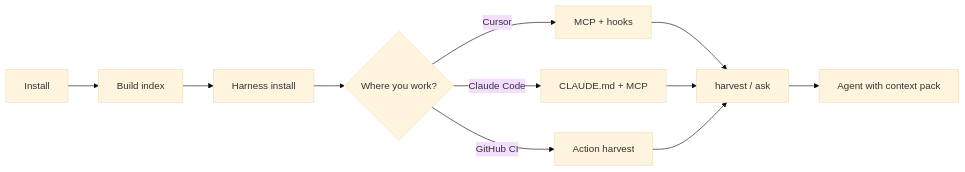
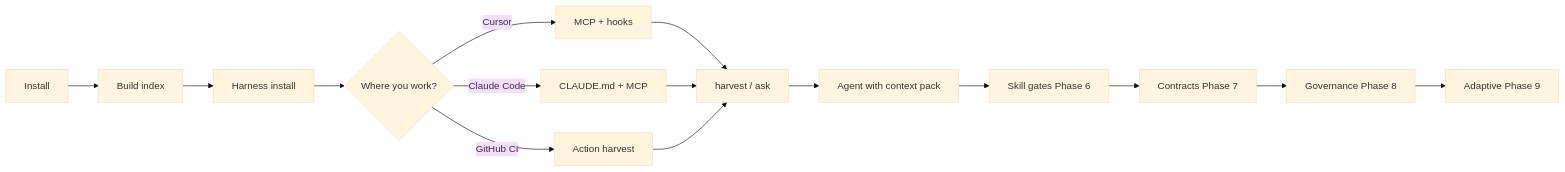
One commit to NANDISHSHAH/contextharness changed the first of 6 diagrams in demo/USER-JOURNEY.md. Above: the diagram before and after it, drawn with Mermaid (base theme). The commit also changed other lines of this file and 43 other files, not shown here.

````diff
--- a/demo/USER-JOURNEY.md
+++ b/demo/USER-JOURNEY.md
@@ -11,13 +11,17 @@
 ```mermaid
 flowchart LR
     A[Install] --> B[Build index]
     B --> C[Harness install]
     C --> D{Where you work?}
     D -->|Cursor| E[MCP + hooks]
     D -->|Claude Code| F[CLAUDE.md + MCP]
     D -->|GitHub CI| G[Action harvest]
     E --> H[harvest / ask]
     F --> H
     G --> H
     H --> I[Agent with context pack]
+    I --> J[Skill gates Phase 6]
+    J --> K[Contracts Phase 7]
+    K --> L[Governance Phase 8]
+    L --> M[Adaptive Phase 9]
 ```
````
